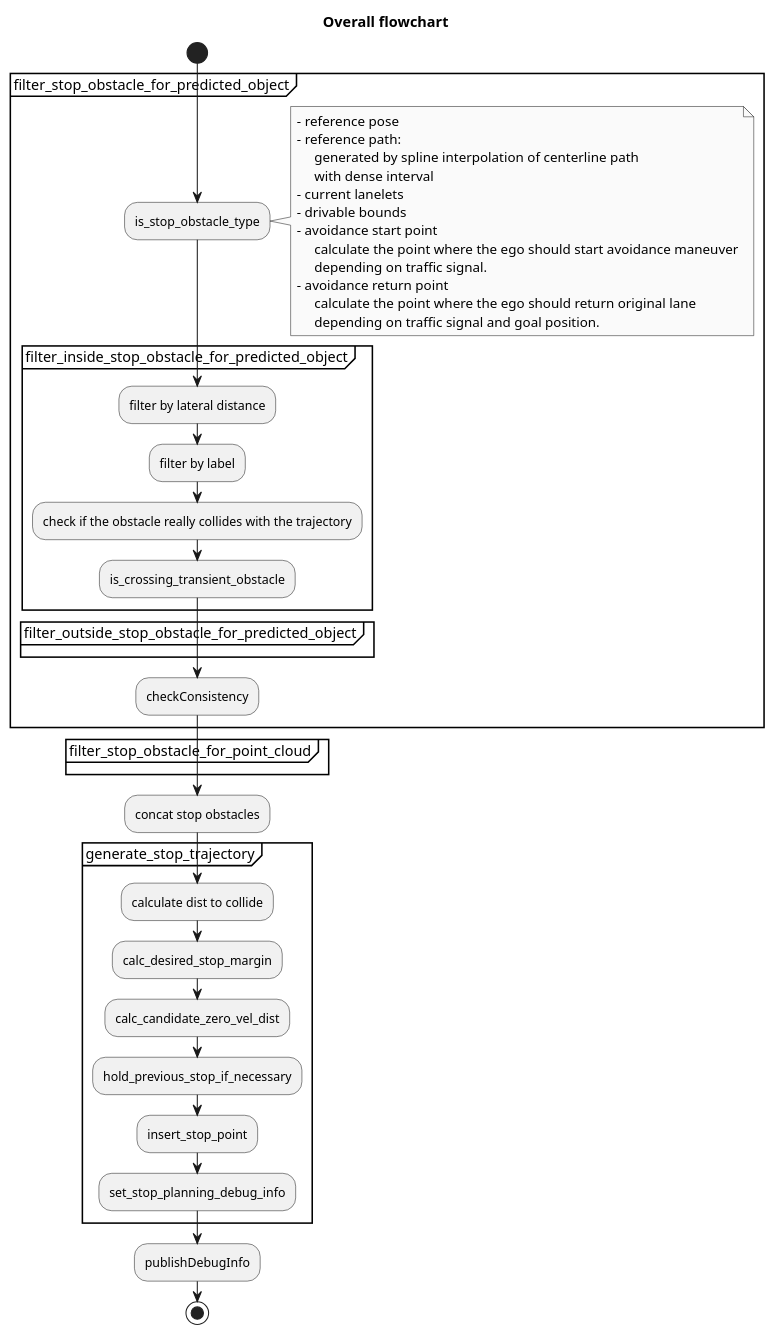
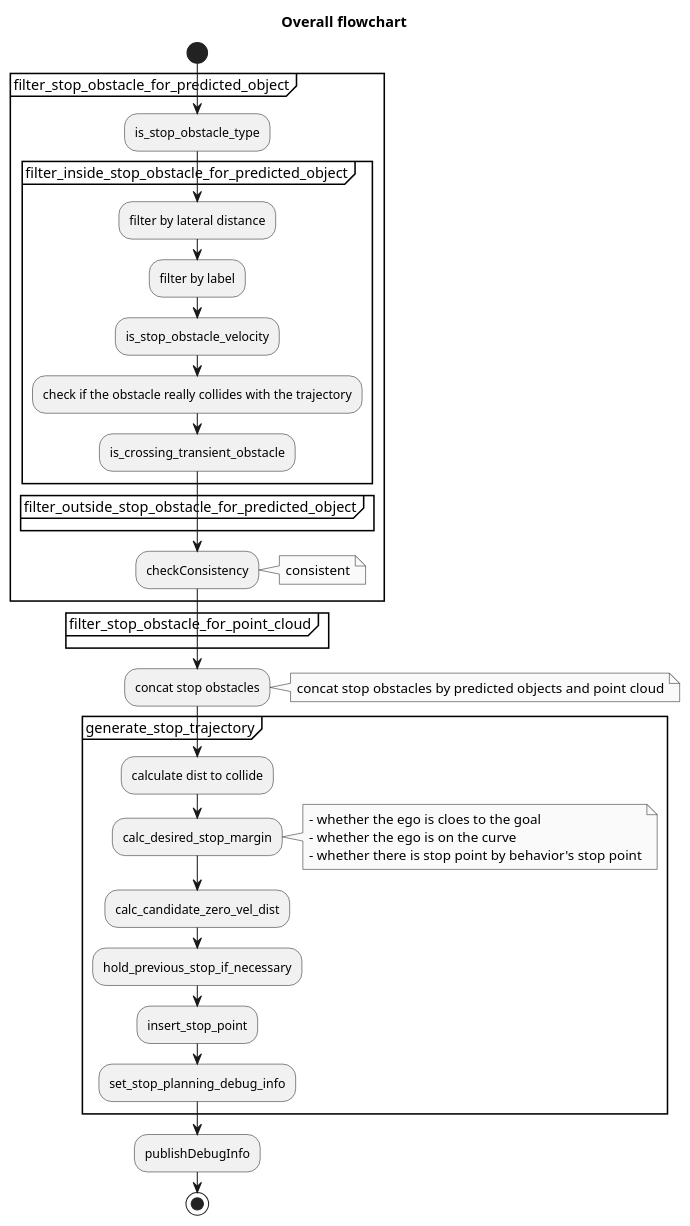
The first of 2 diagrams in planning/autoware_obstacle_cruise_planner/README.md (autowarefoundation/autoware.universe), drawn with PlantUML before and after one commit. The commit also changed 3 other files, not shown here.

````diff
--- a/planning/autoware_obstacle_cruise_planner/README.md
+++ b/planning/autoware_obstacle_cruise_planner/README.md
@@ -71,65 +71,64 @@
 ```plantuml
 @startuml
 skinparam monochrome true
 
 title Overall flowchart
 start
 
 partition filter_stop_obstacle_for_predicted_object {
 :is_stop_obstacle_type;
-note right
- - reference pose
- - reference path:
-      generated by spline interpolation of centerline path
-      with dense interval
- - current lanelets
- - drivable bounds
- - avoidance start point
-      calculate the point where the ego should start avoidance maneuver
-      depending on traffic signal.
- - avoidance return point
-      calculate the point where the ego should return original lane
-      depending on traffic signal and goal position.
-end note
 
 partition filter_inside_stop_obstacle_for_predicted_object {
 :filter by lateral distance;
 
 :filter by label;
+
+:is_stop_obstacle_velocity;
 
 :check if the obstacle really collides with the trajectory;
 
 :is_crossing_transient_obstacle;
 }
 
 partition filter_outside_stop_obstacle_for_predicted_object {
 }
 
 :checkConsistency;
+note right
+consistent
+end note
 }
 
 partition filter_stop_obstacle_for_point_cloud {
 }
 
 :concat stop obstacles;
+note right
+concat stop obstacles by predicted objects and point cloud
+end note
 
 partition generate_stop_trajectory {
 :calculate dist to collide;
 
 :calc_desired_stop_margin;
+note right
+- whether the ego is cloes to the goal
+- whether the ego is on the curve
+- whether there is stop point by behavior's stop point
+end note
 
 :calc_candidate_zero_vel_dist;
 
 :hold_previous_stop_if_necessary;
 
 :insert_stop_point;
 
 :set_stop_planning_debug_info;
 }
 
 :publishDebugInfo;
 
 stop
 
 @enduml
 ```
````
